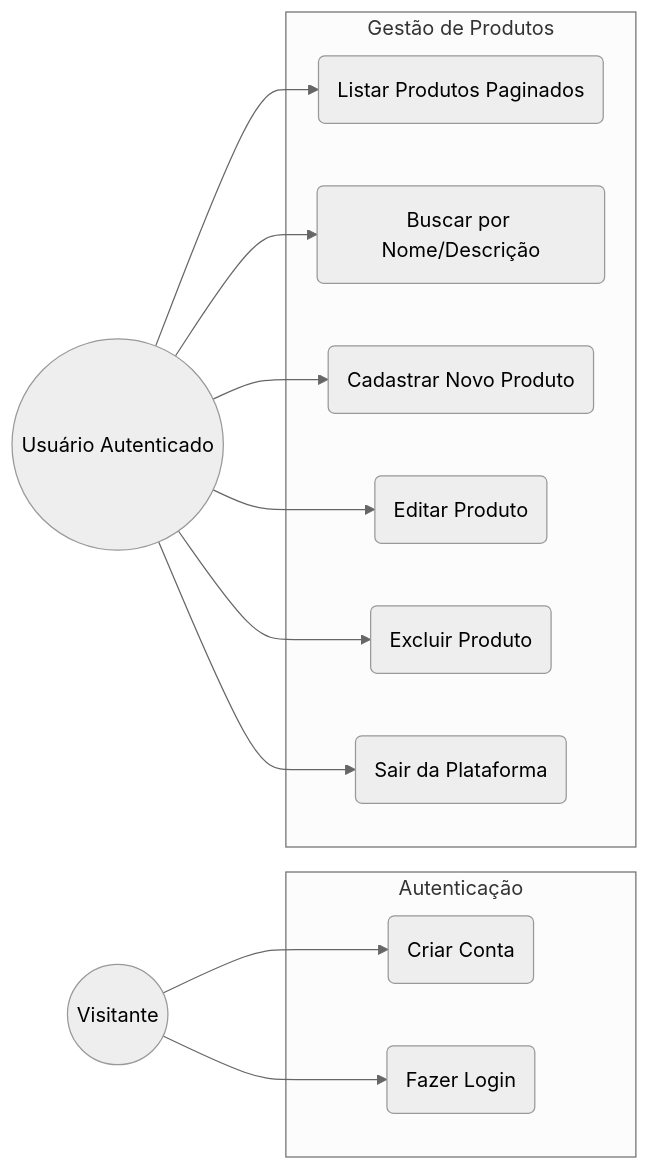
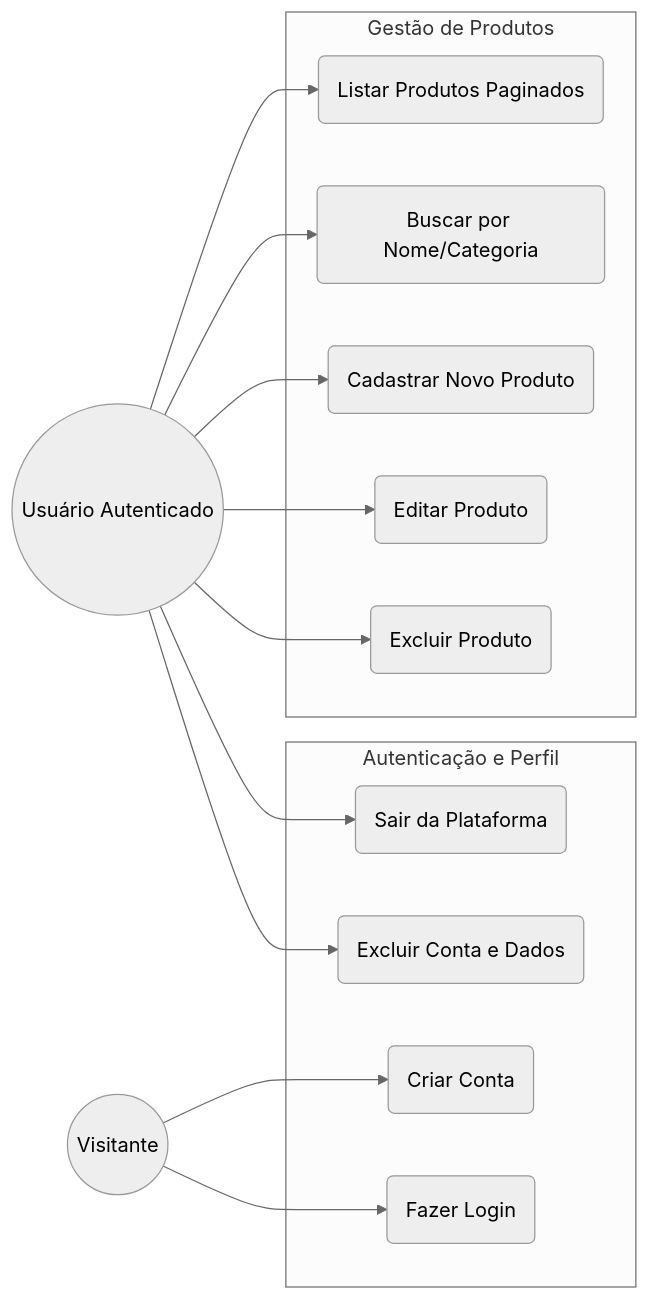
Before and after one commit to samuelsouzato/innyx-desafio-produtos: the second of 3 diagrams in README.md, drawn with Mermaid (neutral theme). The commit also changed other lines of this file, not shown here.

````diff
--- a/README.md
+++ b/README.md
@@ -185,29 +187,31 @@
 ```mermaid
 flowchart LR
     V((Visitante))
     U((Usuário Autenticado))
 
-    subgraph Autenticação
+    subgraph Autenticação e Perfil
         CAD(Criar Conta)
         LOG(Fazer Login)
+        LOGOUT(Sair da Plataforma)
+        DELACC(Excluir Conta e Dados)
     end
 
     subgraph Gestão de Produtos
         LIST(Listar Produtos Paginados)
-        BUS(Buscar por Nome/Descrição)
+        BUS(Buscar por Nome/Categoria)
         CREA(Cadastrar Novo Produto)
         EDIT(Editar Produto)
         DEL(Excluir Produto)
-        LOGOUT(Sair da Plataforma)
     end
 
     V --> CAD
     V --> LOG
 
     U --> LIST
     U --> BUS
     U --> CREA
     U --> EDIT
     U --> DEL
     U --> LOGOUT
+    U --> DELACC
 ```
````
